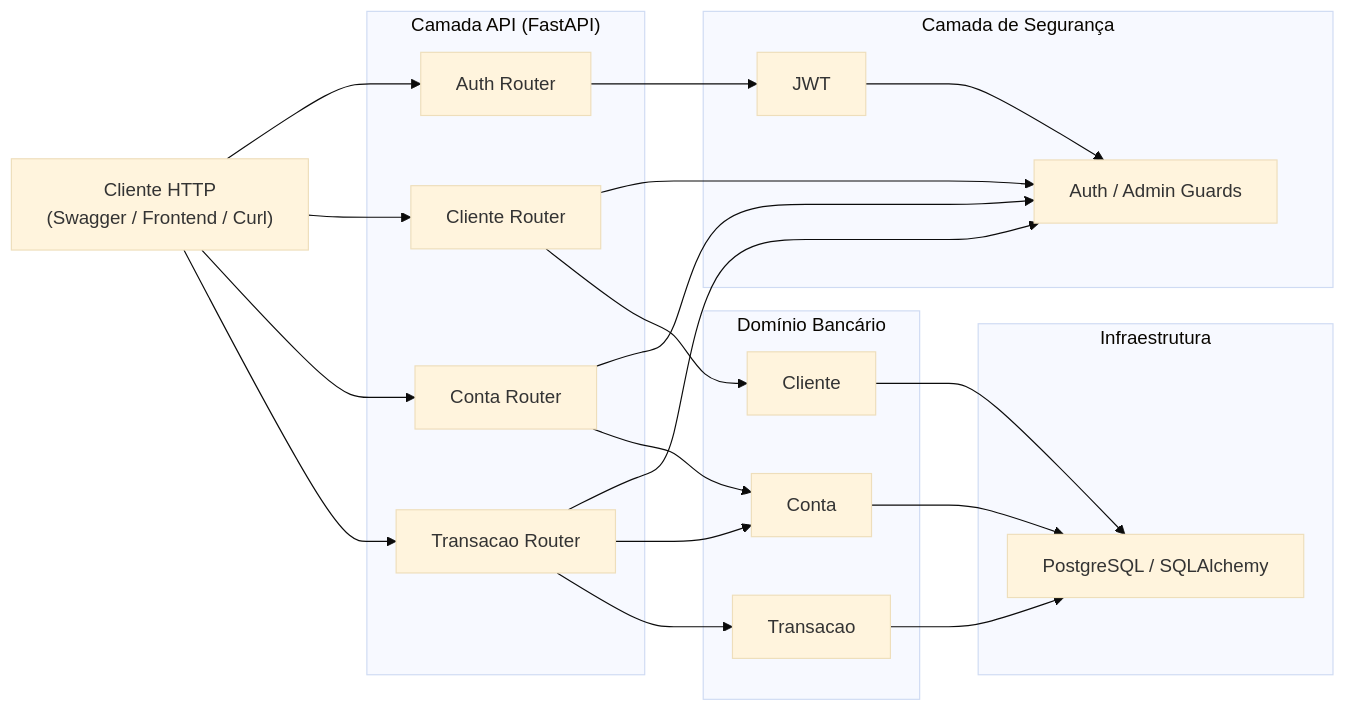
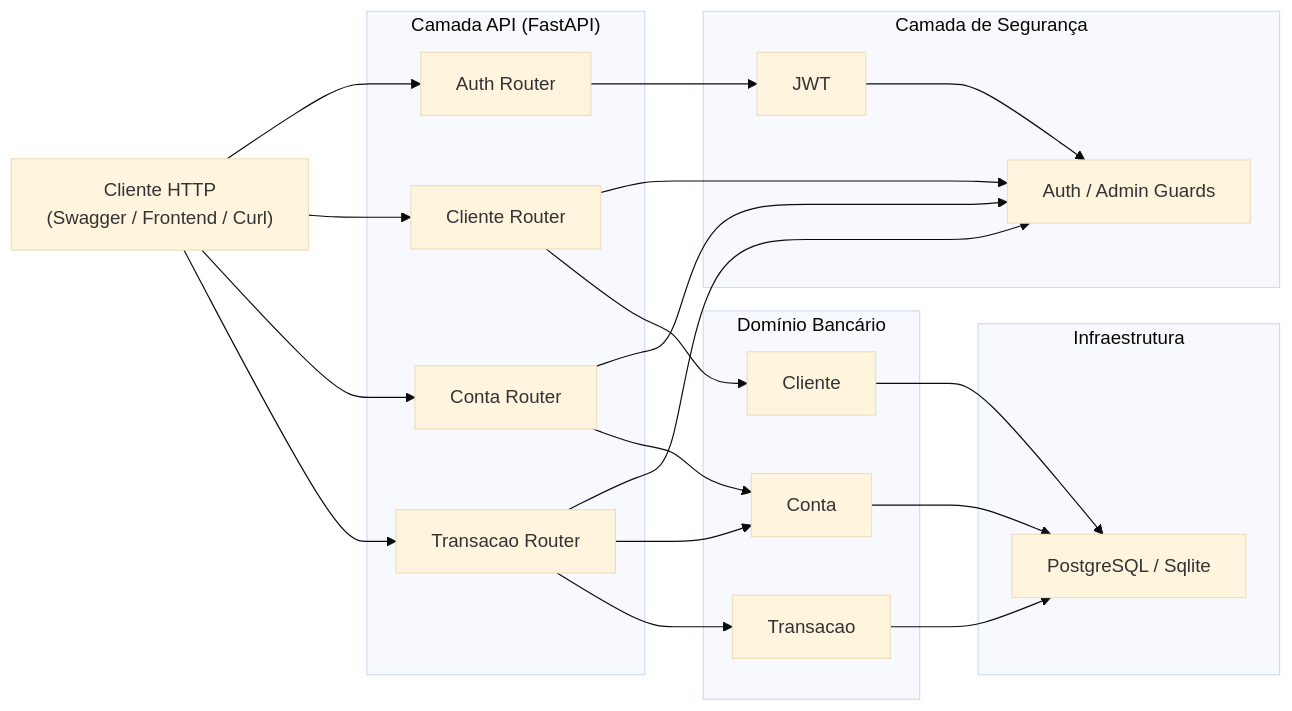
Before and after one commit to Junior010101/Projeto03_Dio.LuisaLabs: the third of 3 diagrams in README.md, drawn with Mermaid (base theme).

````diff
--- a/README.md
+++ b/README.md
@@ -261,57 +261,57 @@
 ```mermaid
 flowchart LR
     %% CLIENT
     Client["Cliente HTTP<br/>(Swagger / Frontend / Curl)"]
 
     %% API LAYER
     subgraph API["Camada API (FastAPI)"]
         AuthAPI["Auth Router"]
         ClienteAPI["Cliente Router"]
         ContaAPI["Conta Router"]
         TransacaoAPI["Transacao Router"]
     end
 
     %% SECURITY
     subgraph Security["Camada de Segurança"]
         JWT["JWT"]
         AuthDeps["Auth / Admin Guards"]
     end
 
     %% DOMAIN
     subgraph Domain["Domínio Bancário"]
         Cliente["Cliente"]
         Conta["Conta"]
         Transacao["Transacao"]
     end
 
     %% INFRA
     subgraph Infra["Infraestrutura"]
-        DB["PostgreSQL / SQLAlchemy"]
+        DB["PostgreSQL / Sqlite"]
     end
 
     %% CLIENT -> API
     Client --> AuthAPI
     Client --> ClienteAPI
     Client --> ContaAPI
     Client --> TransacaoAPI
 
     %% API -> SECURITY
     AuthAPI --> JWT
     ClienteAPI --> AuthDeps
     ContaAPI --> AuthDeps
     TransacaoAPI --> AuthDeps
 
     %% SECURITY -> API
     JWT --> AuthDeps
 
     %% API -> DOMAIN
     ClienteAPI --> Cliente
     ContaAPI --> Conta
     TransacaoAPI --> Conta
     TransacaoAPI --> Transacao
 
     %% DOMAIN -> DB
     Cliente --> DB
     Conta --> DB
     Transacao --> DB
 ```
````
